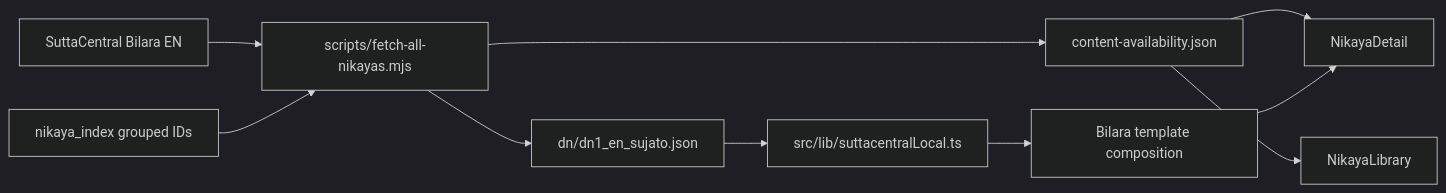
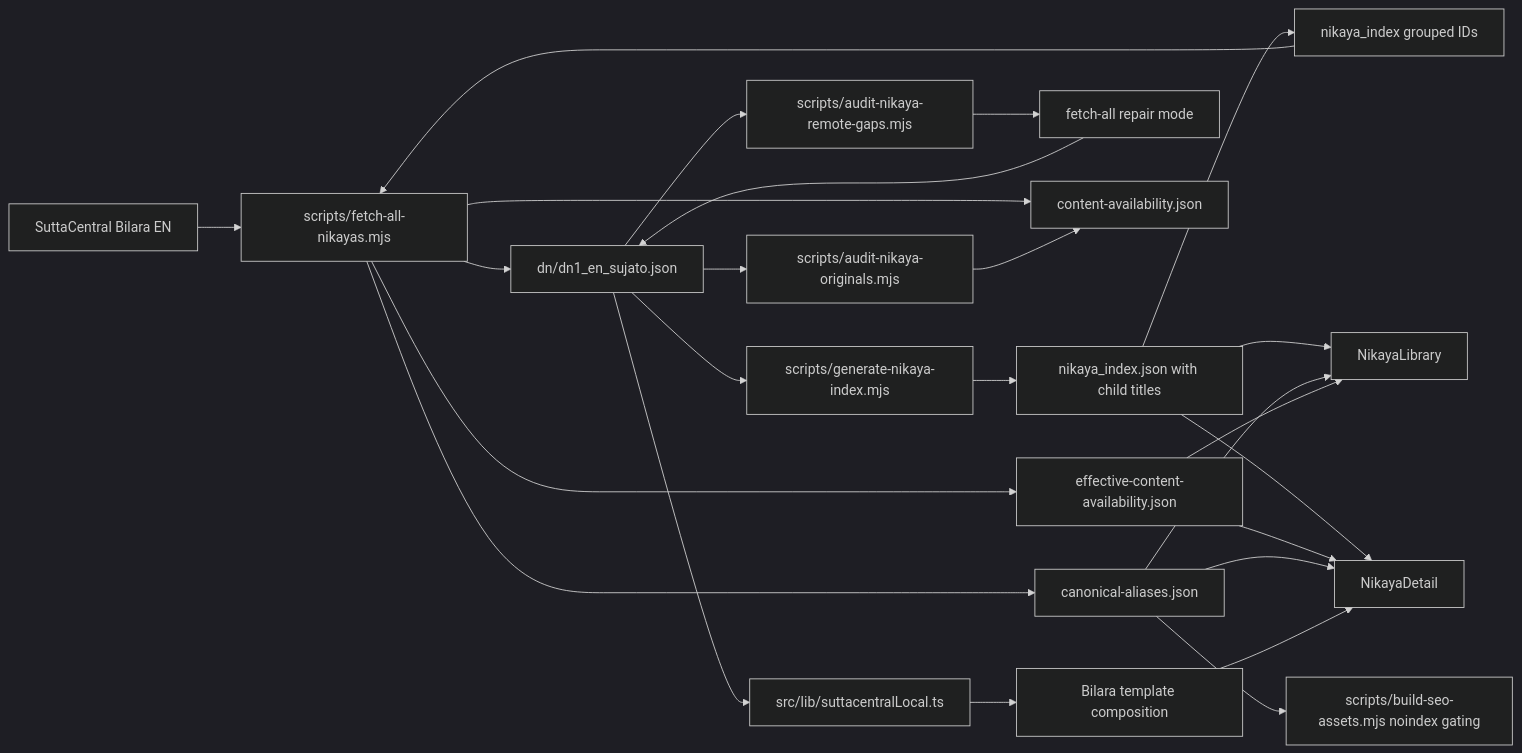
One commit to cschanhniem/cschanhniem.github.io changed diagram 13 of 13 in AGENTS.md. Above: the diagram before and after it, drawn with Mermaid (dark theme). The commit also changed other lines of this file and 355 other files, not shown here.

Commit message:
feat: harden nikaya audits and repair kn english coverage

````diff
--- a/AGENTS.md
+++ b/AGENTS.md
@@ -307,12 +354,27 @@
 ```mermaid
 flowchart LR
     A[SuttaCentral Bilara EN] --> B[scripts/fetch-all-nikayas.mjs]
     I[nikaya_index grouped IDs] --> B
     B --> C[dn/dn1_en_sujato.json]
+    C --> N[scripts/generate-nikaya-index.mjs]
+    N --> O[nikaya_index.json with child titles]
+    O --> I
+    C --> J[scripts/audit-nikaya-originals.mjs]
+    C --> P[scripts/audit-nikaya-remote-gaps.mjs]
+    P --> Q[fetch-all repair mode]
+    Q --> C
     B --> D[content-availability.json]
+    B --> K[effective-content-availability.json]
+    B --> L[canonical-aliases.json]
+    J --> D
+    O --> G
+    O --> H
     C --> E[src/lib/suttacentralLocal.ts]
     E --> F[Bilara template composition]
-    D --> G[NikayaLibrary]
-    D --> H[NikayaDetail]
+    L --> G[NikayaLibrary grouped-route pruning]
+    L --> M[scripts/build-seo-assets.mjs noindex gating]
+    K --> G[NikayaLibrary]
+    K --> H[NikayaDetail]
+    L --> H
     F --> H
 ```
````
